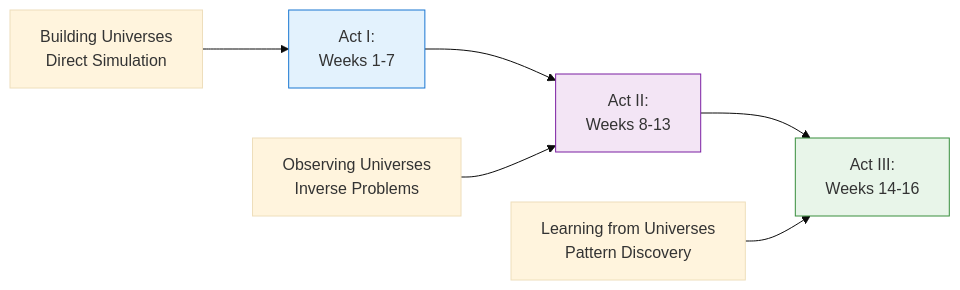
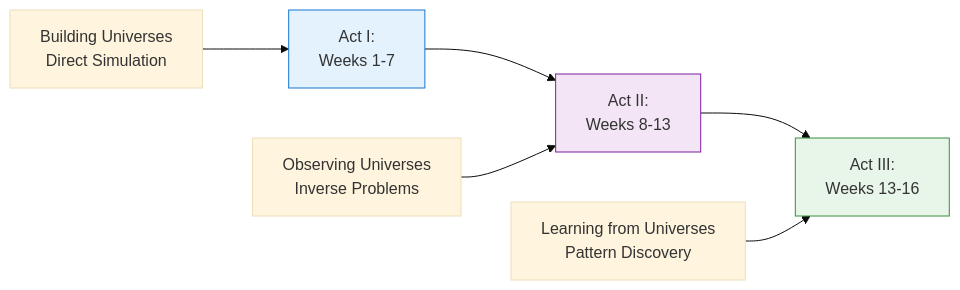
The first of 2 diagrams in astr596-home.md (astrobytes-edu/astr596-modeling-universe), drawn with Mermaid (base theme) before and after one commit. The commit also changed other lines of this file and 8 other files, not shown here.

````diff
--- a/astr596-home.md
+++ b/astr596-home.md
@@ -9,13 +14,13 @@
 ```{mermaid}
 flowchart LR
     A["Act I:<br/>Weeks 1-7"] --> B["Act II:<br/>Weeks 8-13"]
-    B --> C["Act III:<br/>Weeks 14-16"]
+    B --> C["Act III:<br/>Weeks 13-16"]
     
     A1["Building Universes<br/>Direct Simulation"] --> A
     B1["Observing Universes<br/>Inverse Problems"] --> B
     C1["Learning from Universes<br/>Pattern Discovery"] --> C
     
     style A fill:#e3f2fd,stroke:#1976d2
     style B fill:#f3e5f5,stroke:#7b1fa2
     style C fill:#e8f5e9,stroke:#388e3c
 ```
````
